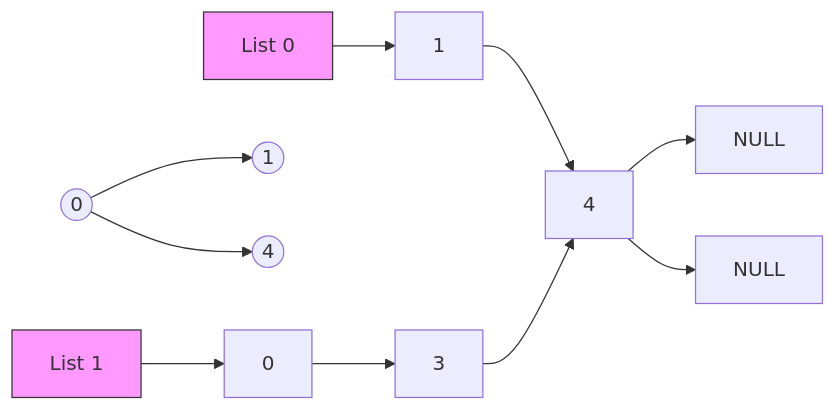
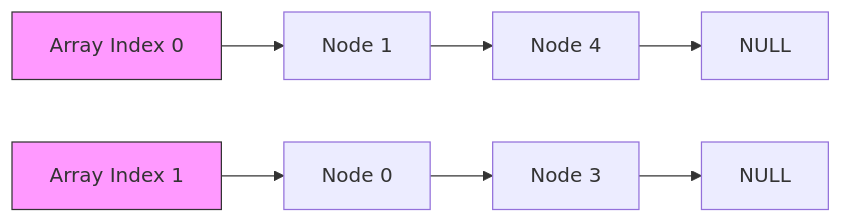
Before and after one commit to SMTEmon/2-1: the first of 5 diagrams in 4303 Data Structures/Lecture 7 - Introduction to Graph.md, drawn with Mermaid. The commit also changed other lines of this file, not shown here.

````diff
--- a/4303 Data Structures/Lecture 7 - Introduction to Graph.md
+++ b/4303 Data Structures/Lecture 7 - Introduction to Graph.md
@@ -92,11 +112,8 @@
 ```mermaid
 graph LR
-    Node0((0)) --> Node1((1))
-    Node0 --> Node4((4))
-    
-    list0[List 0] --> 1[1] --> 4[4] --> null0[NULL]
-    list1[List 1] --> 0[0] --> 3[3] --> 4[4] --> null1[NULL]
+    list0[Array Index 0] --> node1[Node 1] --> node4[Node 4] --> null0[NULL]
+    list1[Array Index 1] --> node0[Node 0] --> node3[Node 3] --> null1[NULL]
     
     style list0 fill:#f9f,stroke:#333
     style list1 fill:#f9f,stroke:#333
 ```
````
